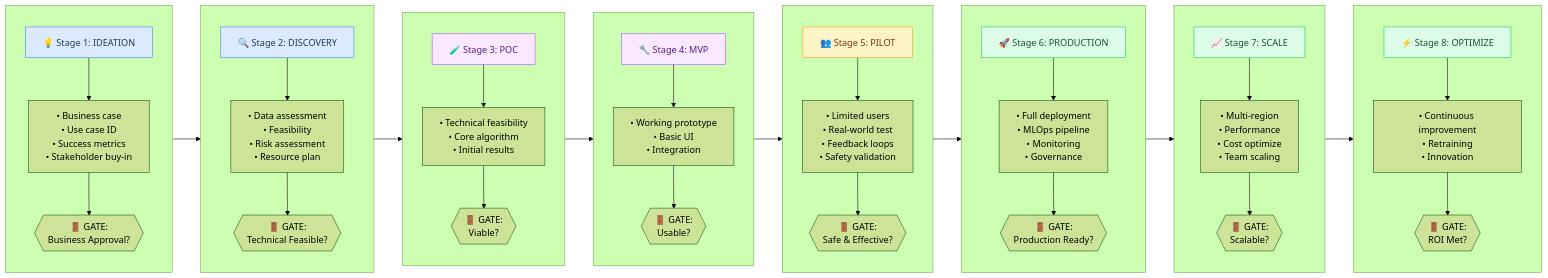
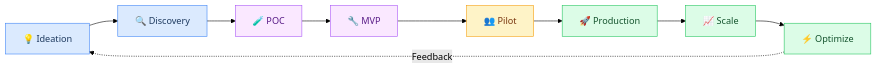
Before and after one commit to asq-sheriff/AI-Production-Checklist: the first of 2 diagrams in README.md, drawn with Mermaid (forest theme). The commit also changed other lines of this file, not shown here.

Commit message:
Improve README formatting and readability
- Add TL;DR summary at top for quick understanding
- Add Quick Start section with two-column layout
- Add direct download links in header
- Move statistics to collapsible section
- Simplify 8-stage lifecycle diagram (was too complex)
- Add detailed stage breakdown in collapsible section
- Collapse gate details tables for cleaner scanning
- Collapse FDA regulatory overlay
- Move keywords to bottom in collapsible section
- Add Back to Top navigation link
- Remove redundant Stage Definitions table (now in collapsible)

The document now follows better UX principles:
- Progressive disclosure (collapsible sections)
- Clear visual hierarchy
- Quick navigation options
- Less overwhelming at first glance

🤖 Generated with [Claude Code](https://claude.com/claude-code)

````diff
--- a/README.md
+++ b/README.md
@@ -130,76 +150,8 @@
 ```mermaid
 flowchart LR
-    subgraph Phase1[" "]
-        direction TB
-        S1[💡 Stage 1: IDEATION]
-        S1D["• Business case<br/>• Use case ID<br/>• Success metrics<br/>• Stakeholder buy-in"]
-        S1G{{"🚪 GATE:<br/>Business Approval?"}}
-        S1 --> S1D --> S1G
-    end
-
-    subgraph Phase2[" "]
-        direction TB
-        S2[🔍 Stage 2: DISCOVERY]
-        S2D["• Data assessment<br/>• Feasibility<br/>• Risk assessment<br/>• Resource plan"]
-        S2G{{"🚪 GATE:<br/>Technical Feasible?"}}
-        S2 --> S2D --> S2G
-    end
-
-    subgraph Phase3[" "]
-        direction TB
-        S3[🧪 Stage 3: POC]
-        S3D["• Technical feasibility<br/>• Core algorithm<br/>• Initial results"]
-        S3G{{"🚪 GATE:<br/>Viable?"}}
-        S3 --> S3D --> S3G
-    end
-
-    subgraph Phase4[" "]
-        direction TB
-        S4[🔧 Stage 4: MVP]
-        S4D["• Working prototype<br/>• Basic UI<br/>• Integration"]
-        S4G{{"🚪 GATE:<br/>Usable?"}}
-        S4 --> S4D --> S4G
-    end
-
-    subgraph Phase5[" "]
-        direction TB
-        S5[👥 Stage 5: PILOT]
-        S5D["• Limited users<br/>• Real-world test<br/>• Feedback loops<br/>• Safety validation"]
-        S5G{{"🚪 GATE:<br/>Safe & Effective?"}}
-        S5 --> S5D --> S5G
-    end
-
-    subgraph Phase6[" "]
-        direction TB
-        S6[🚀 Stage 6: PRODUCTION]
-        S6D["• Full deployment<br/>• MLOps pipeline<br/>• Monitoring<br/>• Governance"]
-        S6G{{"🚪 GATE:<br/>Production Ready?"}}
-        S6 --> S6D --> S6G
-    end
-
-    subgraph Phase7[" "]
-        direction TB
-        S7[📈 Stage 7: SCALE]
-        S7D["• Multi-region<br/>• Performance<br/>• Cost optimize<br/>• Team scaling"]
-        S7G{{"🚪 GATE:<br/>Scalable?"}}
-        S7 --> S7D --> S7G
-    end
-
-    subgraph Phase8[" "]
-        direction TB
-        S8[⚡ Stage 8: OPTIMIZE]
-        S8D["• Continuous improvement<br/>• Retraining<br/>• Innovation"]
-        S8G{{"🚪 GATE:<br/>ROI Met?"}}
-        S8 --> S8D --> S8G
-    end
-
-    S1G --> S2
-    S2G --> S3
-    S3G --> S4
-    S4G --> S5
-    S5G --> S6
-    S6G --> S7
-    S7G --> S8
+    S1[💡 Ideation] --> S2[🔍 Discovery] --> S3[🧪 POC] --> S4[🔧 MVP]
+    S4 --> S5[👥 Pilot] --> S6[🚀 Production] --> S7[📈 Scale] --> S8[⚡ Optimize]
+    S8 -.->|Feedback| S1
 
     style S1 fill:#dbeafe,stroke:#3b82f6,color:#1e3a5f
     style S2 fill:#dbeafe,stroke:#3b82f6,color:#1e3a5f
````
